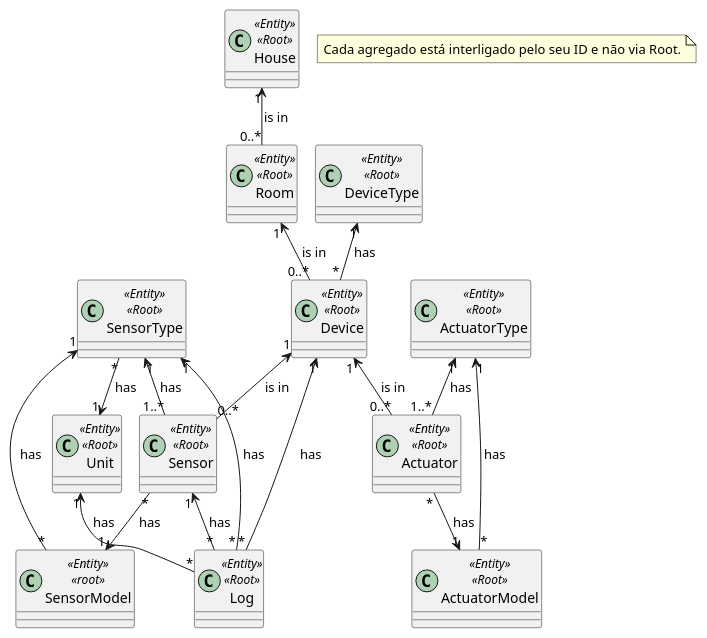
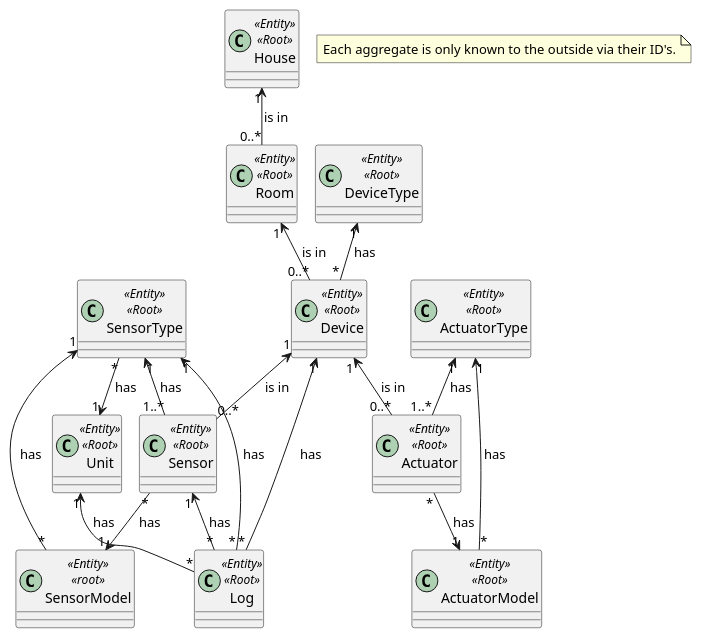
The diagram in docs/ooa/2.domainEntitiesDiagram/domainEntities.puml (olivDiogo/SmartHome), drawn with PlantUML before and after one commit.

Commit message:
fix: minor fixing in domainEntities diagram

```diff
--- a/docs/ooa/2.domainEntitiesDiagram/domainEntities.puml
+++ b/docs/ooa/2.domainEntitiesDiagram/domainEntities.puml
@@ -1,39 +1,39 @@
 @startuml
 !pragma layout smetana
 
 
 class House<<Entity>><<Root>>{}
 class Room<<Entity>><<Root>>{}
 class Device<<Entity>><<Root>>{}
 class DeviceType<<Entity>><<Root>>{}
 class Sensor<<Entity>><<Root>>{}
 class Actuator<<Entity>><<Root>>{}
 class ActuatorType<<Entity>><<Root>>{}
 class ActuatorModel<<Entity>><<Root>>{}
 class SensorType<<Entity>><<Root>>{}
 class SensorModel<<Entity>><<root>>{}
 class Unit<<Entity>><<Root>>{}
 class Log<<Entity>><<Root>>{}
 
-note "Cada agregado está interligado pelo seu ID e não via Root." as note
+note "Each aggregate is only known to the outside via their ID's." as note
 
 
 
 House "1" <-- "0..*" Room : is in >
 Room "1" <-- "0..*" Device : is in >
 DeviceType "1" <-- "*" Device : has >
 Device "1" <-- "0..*" Sensor : is in >
 Device "1" <-- "0..*" Actuator : is in >
 SensorType "1" <-- "1..*" Sensor : has >
 SensorType "*" --> "1" Unit : has >
 Sensor "*" --> "1" SensorModel : has >
 SensorType "1" <-- "*" SensorModel : has >
 ActuatorType "1" <-- "1..*" Actuator : has >
 ActuatorType "1" <-- "*" ActuatorModel : has  >
 Actuator "*" --> "1" ActuatorModel : has >
 Device "1" <-- "*" Log : has >
 Sensor "1" <-- "*" Log : has >
 Unit "1" <-- "*" Log : has >
 SensorType "1" <-- "*" Log : has >
 
 @enduml
```
